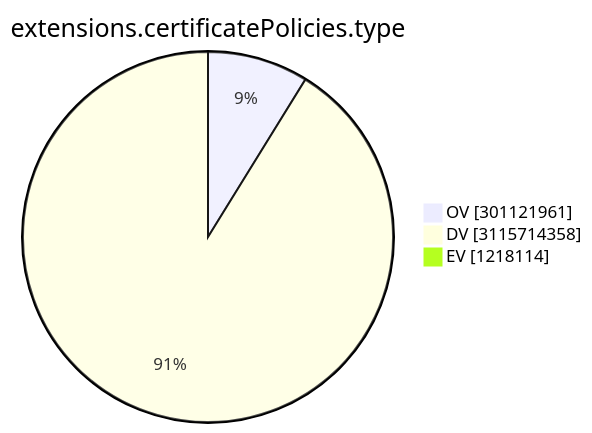
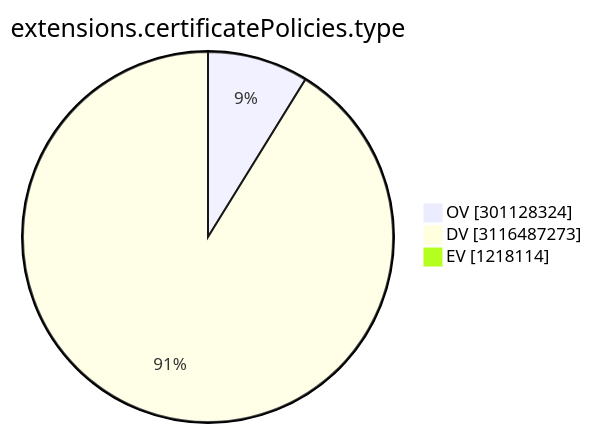
The ninth of 15 diagrams in TOTAL/README.md (christiankrug/ctmonitor_visualization), drawn with Mermaid before and after one commit. The commit also changed other lines of this file, not shown here.

````diff
--- a/TOTAL/README.md
+++ b/TOTAL/README.md
@@ -3103,7 +3103,7 @@
 ```mermaid
 pie showData
 title extensions.certificatePolicies.type
-"OV" :301121961
-"DV" :3115714358
+"OV" :301128324
+"DV" :3116487273
 "EV" :1218114
 ```
````
